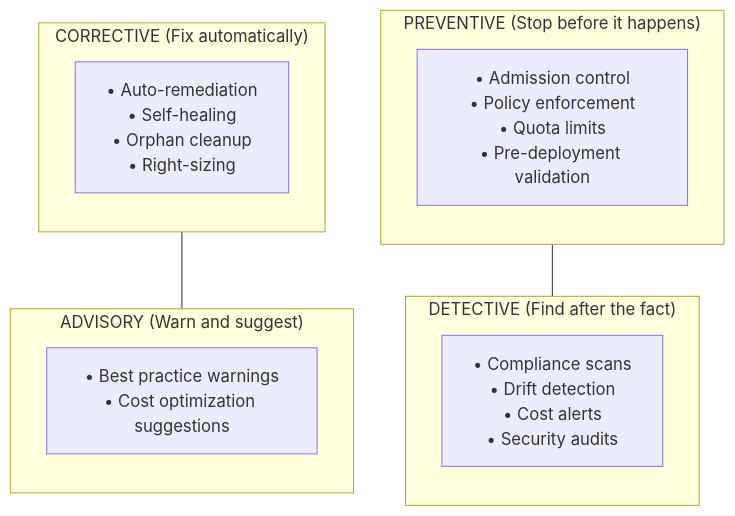
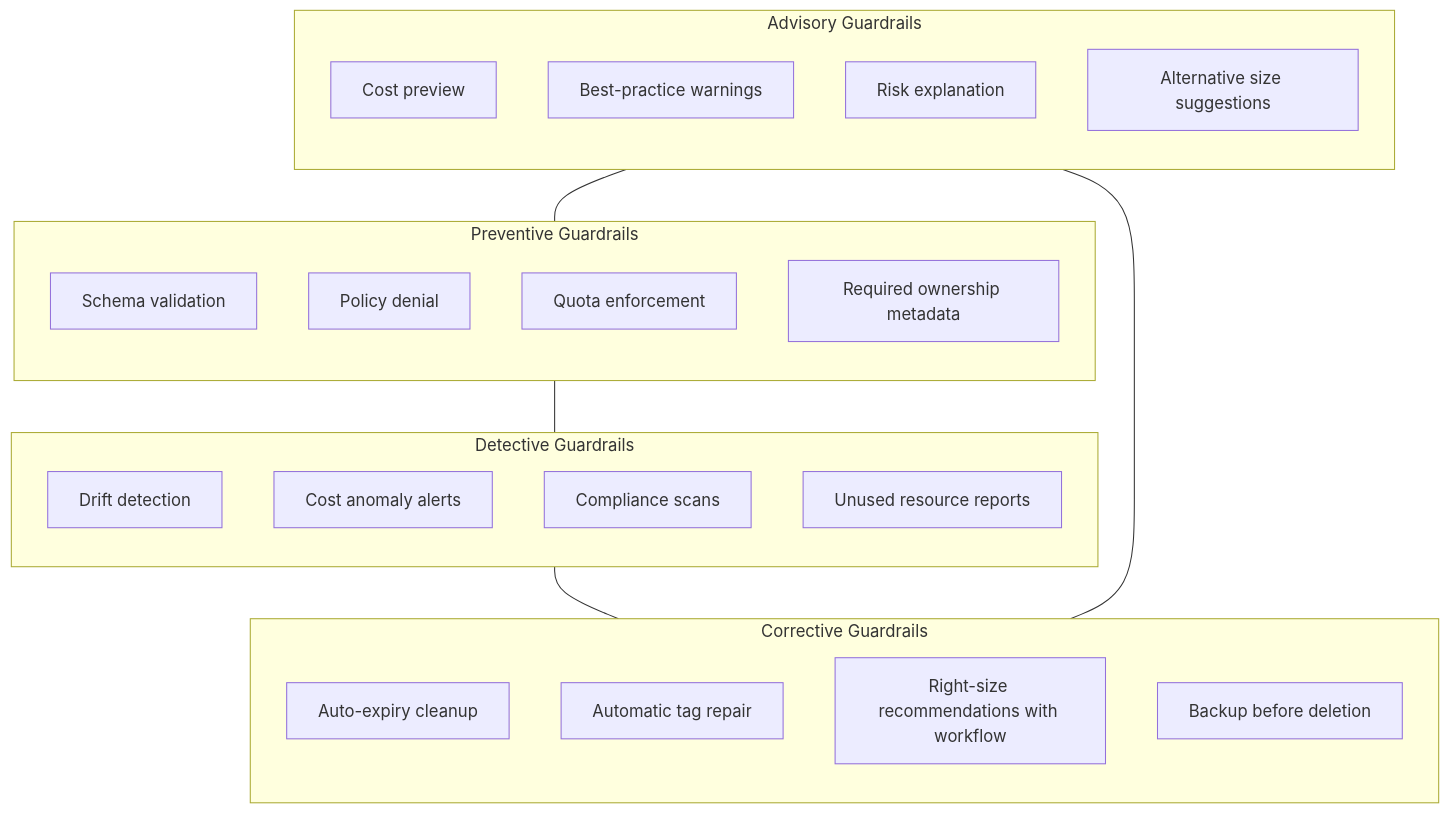
One commit to krisztiankoos/kubedojo changed the seventh of 14 diagrams in src/content/docs/platform/disciplines/core-platform/platform-engineering/module-2.5-self-service-infrastructure.md. Above: the diagram before and after it, drawn with Mermaid. The commit also changed other lines of this file, not shown here.

First line of the commit message:
quality(rewrite): codex rewrite platform-disciplines-core-platform-platform-engineering-module-2.5-self-service-infrastructure (attempt 2096a7e69832)

````diff
--- a/src/content/docs/platform/disciplines/core-platform/platform-engineering/module-2.5-self-service-infrastructure.md
+++ b/src/content/docs/platform/disciplines/core-platform/platform-engineering/module-2.5-self-service-infrastructure.md
@@ -401,25 +400,39 @@
 ```mermaid
 flowchart TB
-    subgraph Preventive["PREVENTIVE (Stop before it happens)"]
+    subgraph Preventive["Preventive Guardrails"]
         direction TB
-        P1["• Admission control<br/>• Policy enforcement<br/>• Quota limits<br/>• Pre-deployment validation"]
+        P1["Schema validation"]
+        P2["Policy denial"]
+        P3["Quota enforcement"]
+        P4["Required ownership metadata"]
     end
-    
-    subgraph Detective["DETECTIVE (Find after the fact)"]
+
+    subgraph Detective["Detective Guardrails"]
         direction TB
-        D1["• Compliance scans<br/>• Drift detection<br/>• Cost alerts<br/>• Security audits"]
+        D1["Drift detection"]
+        D2["Cost anomaly alerts"]
+        D3["Compliance scans"]
+        D4["Unused resource reports"]
     end
-    
-    subgraph Corrective["CORRECTIVE (Fix automatically)"]
+
+    subgraph Corrective["Corrective Guardrails"]
         direction TB
-        C1["• Auto-remediation<br/>• Self-healing<br/>• Orphan cleanup<br/>• Right-sizing"]
+        C1["Auto-expiry cleanup"]
+        C2["Automatic tag repair"]
+        C3["Right-size recommendations with workflow"]
+        C4["Backup before deletion"]
     end
-    
-    subgraph Advisory["ADVISORY (Warn and suggest)"]
+
+    subgraph Advisory["Advisory Guardrails"]
         direction TB
-        A1["• Best practice warnings<br/>• Cost optimization suggestions"]
+        A1["Cost preview"]
+        A2["Best-practice warnings"]
+        A3["Risk explanation"]
+        A4["Alternative size suggestions"]
     end
-    
+
     Preventive --- Detective
+    Detective --- Corrective
     Corrective --- Advisory
+    Advisory --- Preventive
 ```
````
